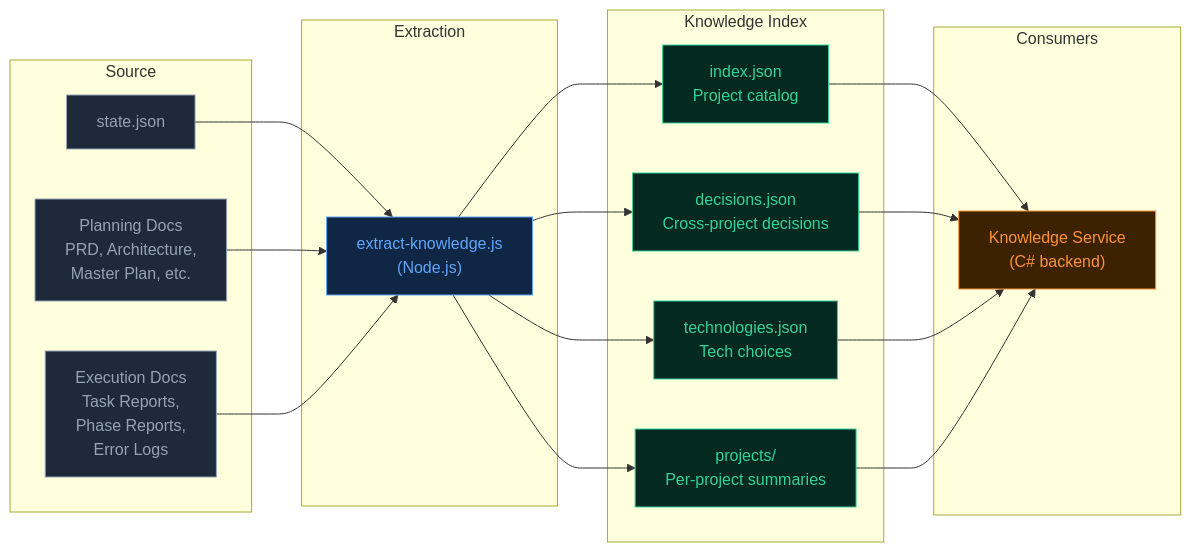
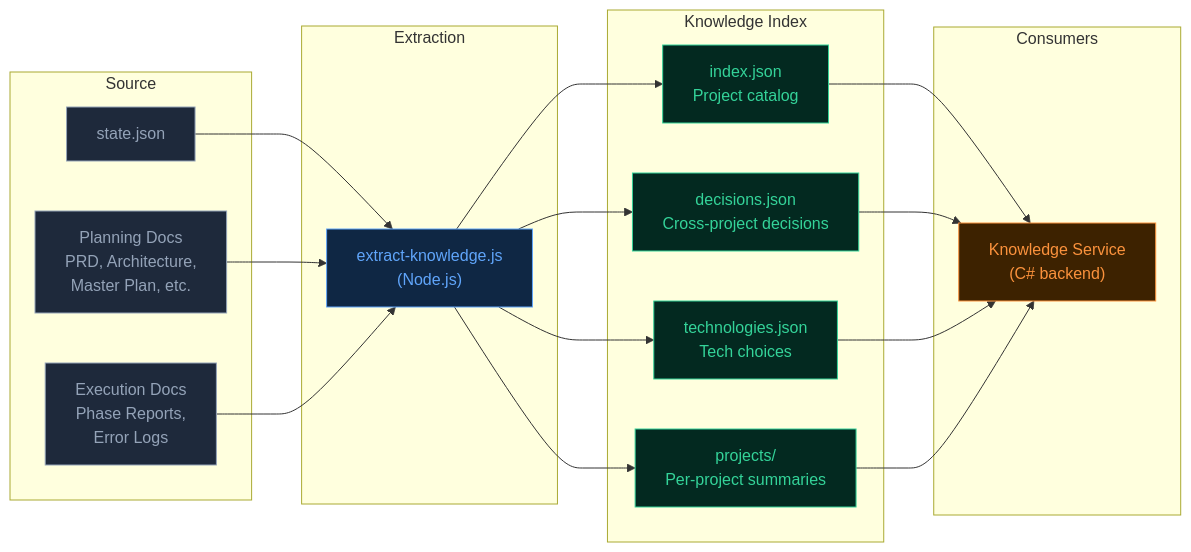
One commit to MetalHexx/RadOrchestration changed the third of 9 diagrams in docs/system-architecture.md. Above: the diagram before and after it, drawn with Mermaid. The commit also changed other lines of this file and 10 other files, not shown here.

````diff
--- a/docs/system-architecture.md
+++ b/docs/system-architecture.md
@@ -128,45 +128,45 @@
 ```mermaid
 flowchart LR
     subgraph "Source"
         S1["state.json"]
         S2["Planning Docs<br/>PRD, Architecture,<br/>Master Plan, etc."]
-        S3["Execution Docs<br/>Task Reports,<br/>Phase Reports,<br/>Error Logs"]
+        S3["Execution Docs<br/>Phase Reports,<br/>Error Logs"]
     end
 
     subgraph "Extraction"
         EXT["extract-knowledge.js<br/>(Node.js)"]
     end
 
     subgraph "Knowledge Index"
         I1["index.json<br/>Project catalog"]
         I2["decisions.json<br/>Cross-project decisions"]
         I3["technologies.json<br/>Tech choices"]
         I4["projects/<br/>Per-project summaries"]
     end
 
     subgraph "Consumers"
         C1["Knowledge Service<br/>(C# backend)"]
     end
 
     S1 --> EXT
     S2 --> EXT
     S3 --> EXT
     EXT --> I1
     EXT --> I2
     EXT --> I3
     EXT --> I4
     I1 --> C1
     I2 --> C1
     I3 --> C1
     I4 --> C1
 
     classDef data fill:#1e293b,stroke:#94a3b8,color:#94a3b8
     classDef engine fill:#0f2744,stroke:#60a5fa,color:#60a5fa
     classDef index fill:#032920,stroke:#34d399,color:#34d399
     classDef service fill:#3d2200,stroke:#fb923c,color:#fb923c
 
     class S1,S2,S3 data
     class EXT engine
     class I1,I2,I3,I4 index
     class C1 service
 ```
````
